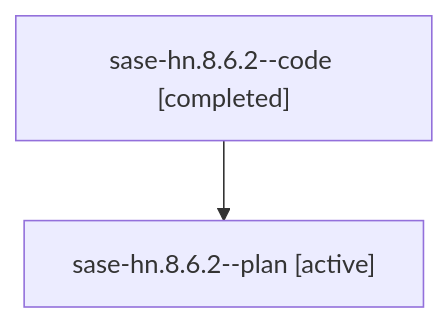
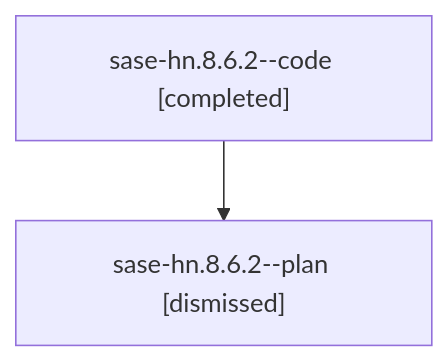
The diagram in sessions/bbugyi200.athena.sase-hn.8.6.2.md (sase-org/sase--agents), drawn with Mermaid before and after one commit. The commit also changed other lines of this file and 100 other files, not shown here.

````diff
--- a/sessions/bbugyi200.athena.sase-hn.8.6.2.md
+++ b/sessions/bbugyi200.athena.sase-hn.8.6.2.md
@@ -9,6 +9,6 @@
 ```mermaid
 flowchart TD
   n0["sase-hn.8.6.2--code [completed]"]
-  n1["sase-hn.8.6.2--plan [active]"]
+  n1["sase-hn.8.6.2--plan [dismissed]"]
   n0 --> n1
 ```
````
